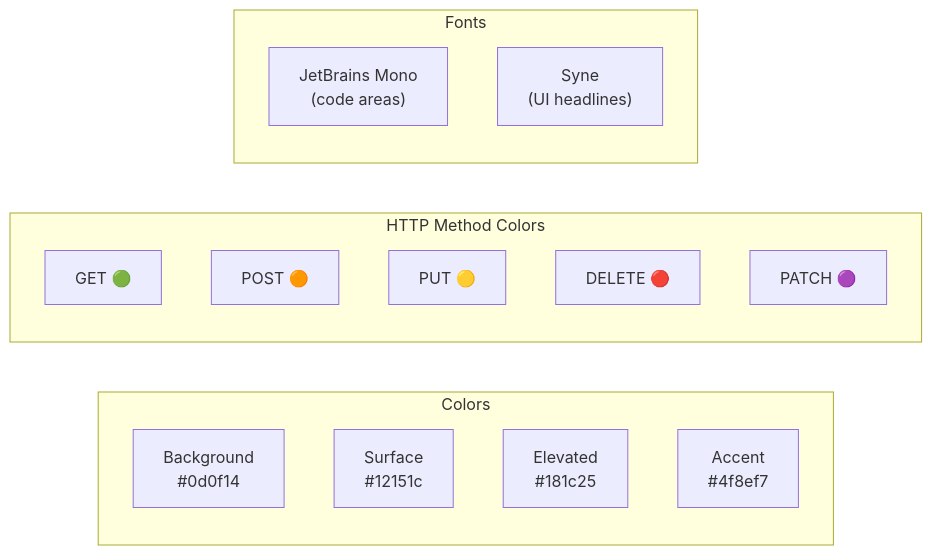
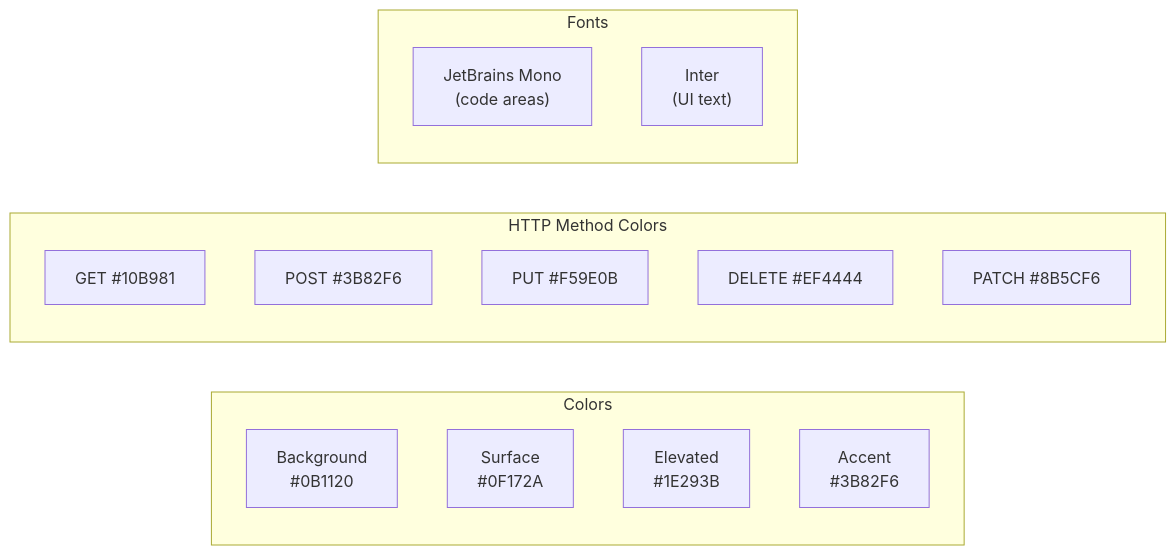
The seventh of 7 diagrams in docs/workflow-guide.md (achoo254/localman), drawn with Mermaid before and after one commit. The commit also changed other lines of this file and 364 other files, not shown here.

First line of the commit message:
refactor: migrate to web-only SPA + Fastify proxy architecture

````diff
--- a/docs/workflow-guide.md
+++ b/docs/workflow-guide.md
@@ -241,22 +196,22 @@
 ```mermaid
 graph LR
     subgraph Colors
-        BG["Background<br/>#0d0f14"]
-        SF["Surface<br/>#12151c"]
-        EL["Elevated<br/>#181c25"]
-        AC["Accent<br/>#4f8ef7"]
+        BG["Background<br/>#0B1120"]
+        SF["Surface<br/>#0F172A"]
+        EL["Elevated<br/>#1E293B"]
+        AC["Accent<br/>#3B82F6"]
     end
 
     subgraph Methods["HTTP Method Colors"]
-        GET["GET 🟢"]
-        POST["POST 🟠"]
-        PUT["PUT 🟡"]
-        DEL["DELETE 🔴"]
-        PATCH["PATCH 🟣"]
+        GET["GET #10B981"]
+        POST["POST #3B82F6"]
+        PUT["PUT #F59E0B"]
+        DEL["DELETE #EF4444"]
+        PATCH["PATCH #8B5CF6"]
     end
 
     subgraph Fonts
         Code["JetBrains Mono<br/>(code areas)"]
-        Head["Syne<br/>(UI headlines)"]
+        UI["Inter<br/>(UI text)"]
     end
 ```
````
